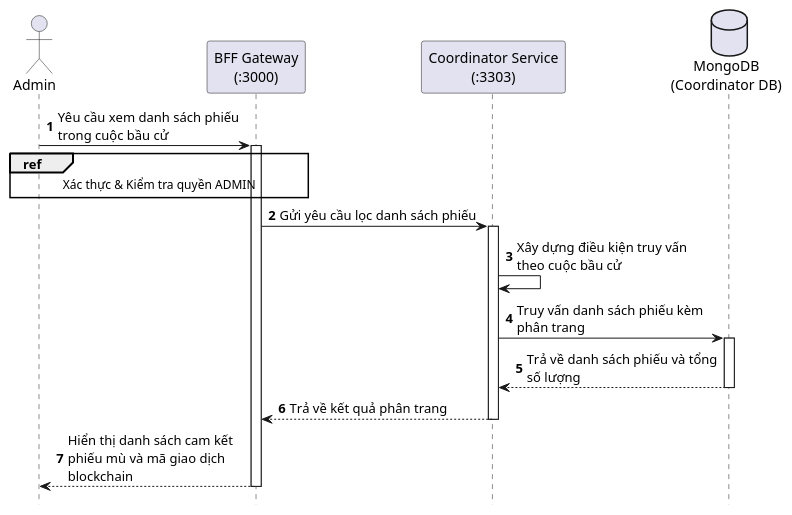
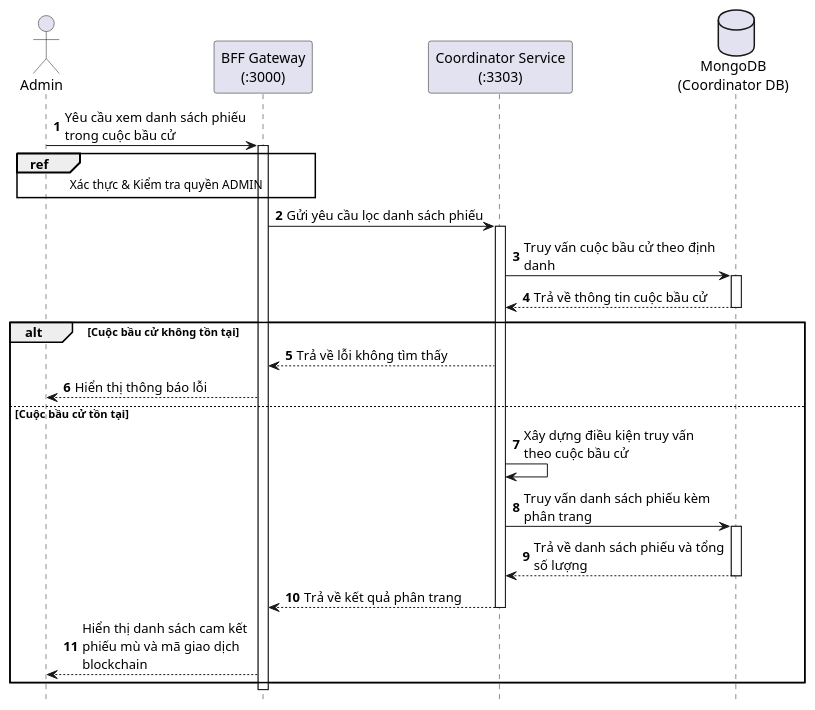
Before and after one commit to Tuienn/e-voting-latex: the diagram in PlantUML/Sequence/Xem-danh-sach-phieu.puml, drawn with PlantUML. The commit also changed 61 other files, not shown here.

```diff
--- a/PlantUML/Sequence/Xem-danh-sach-phieu.puml
+++ b/PlantUML/Sequence/Xem-danh-sach-phieu.puml
@@ -1,31 +1,42 @@
 @startuml XemDanhSachPhieu
 hide footbox
 autonumber
 skinparam maxMessageSize 200
 
 actor "Admin " as Admin
 participant "BFF Gateway\n(:3000)" as BFF
 participant "Coordinator Service\n(:3303)" as Coordinator
 database "MongoDB\n(Coordinator DB)" as DB
 
 Admin -> BFF: Yêu cầu xem danh sách phiếu trong cuộc bầu cử
 activate BFF
 
 ref over Admin, BFF : Xác thực & Kiểm tra quyền ADMIN
 
 BFF -> Coordinator: Gửi yêu cầu lọc danh sách phiếu
 activate Coordinator
 
-Coordinator -> Coordinator: Xây dựng điều kiện truy vấn theo cuộc bầu cử
-
-Coordinator -> DB: Truy vấn danh sách phiếu kèm phân trang
+Coordinator -> DB: Truy vấn cuộc bầu cử theo định danh
 activate DB
-DB --> Coordinator: Trả về danh sách phiếu và tổng số lượng
+DB --> Coordinator: Trả về thông tin cuộc bầu cử
 deactivate DB
 
-Coordinator --> BFF: Trả về kết quả phân trang
-deactivate Coordinator
+alt Cuộc bầu cử không tồn tại
+  Coordinator --> BFF: Trả về lỗi không tìm thấy
+  BFF --> Admin: Hiển thị thông báo lỗi
+else Cuộc bầu cử tồn tại
+  Coordinator -> Coordinator: Xây dựng điều kiện truy vấn theo cuộc bầu cử
 
-BFF --> Admin: Hiển thị danh sách cam kết phiếu mù và mã giao dịch blockchain
+  Coordinator -> DB: Truy vấn danh sách phiếu kèm phân trang
+  activate DB
+  DB --> Coordinator: Trả về danh sách phiếu và tổng số lượng
+  deactivate DB
+
+  Coordinator --> BFF: Trả về kết quả phân trang
+  deactivate Coordinator
+
+  BFF --> Admin: Hiển thị danh sách cam kết phiếu mù và mã giao dịch blockchain
+end
+
 deactivate BFF
 @enduml
```
